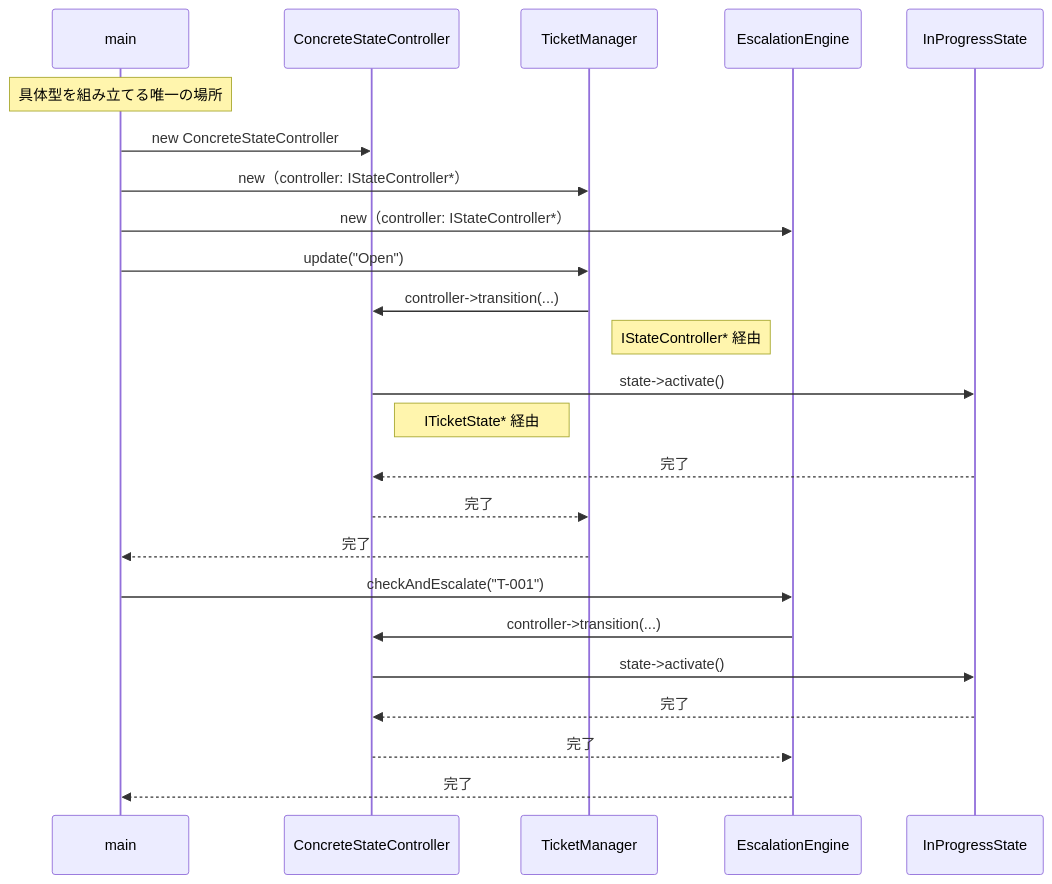
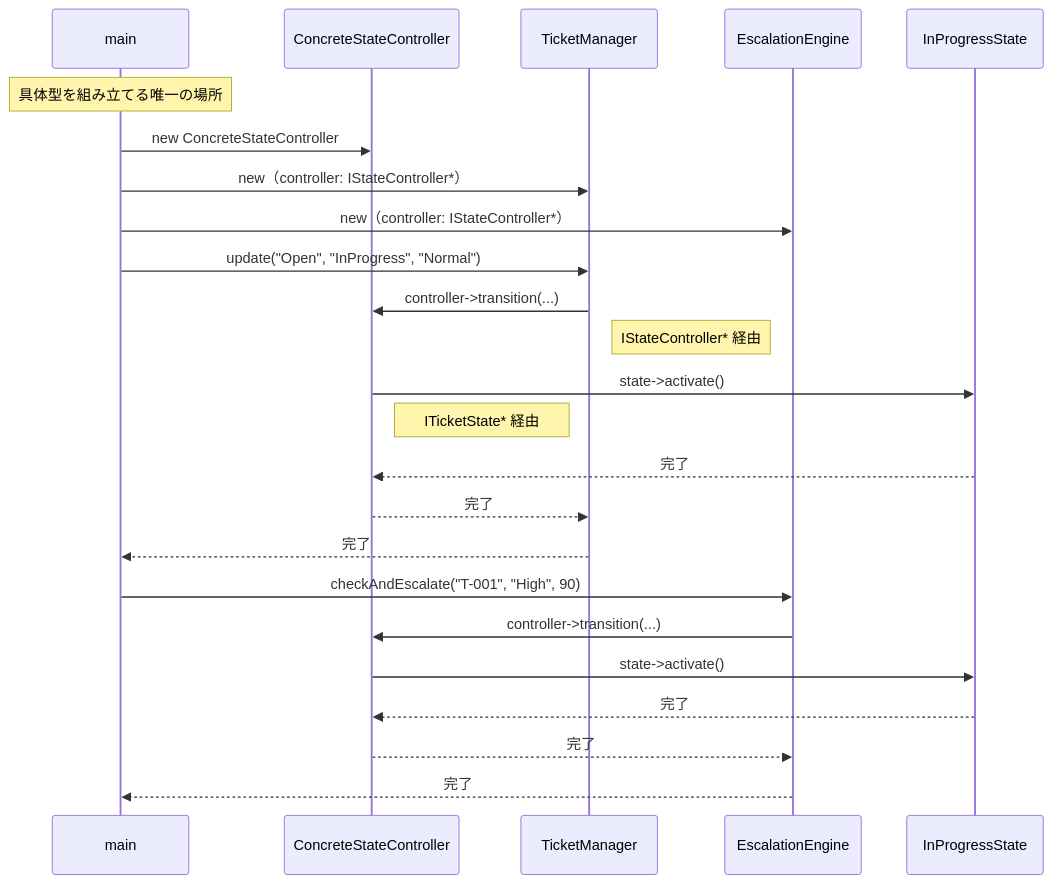
One commit to kumachan1101-pixel/DesignPattern changed diagram 11 of 12 in kindle/design-patterns/output/chapter09_2.md. Above: the diagram before and after it, drawn with Mermaid. The commit also changed other lines of this file and 1 other file, not shown here.

````diff
--- a/kindle/design-patterns/output/chapter09_2.md
+++ b/kindle/design-patterns/output/chapter09_2.md
@@ -1031,26 +1081,26 @@
 ```mermaid
 sequenceDiagram
     participant main
     participant CSC as ConcreteStateController
     participant TM as TicketManager
     participant EE as EscalationEngine
     participant IS as InProgressState
     Note over main: 具体型を組み立てる唯一の場所
     main->>CSC: new ConcreteStateController
     main->>TM: new（controller: IStateController*）
     main->>EE: new（controller: IStateController*）
-    main->>TM: update("Open")
+    main->>TM: update("Open", "InProgress", "Normal")
     TM->>CSC: controller->transition(...)
     Note right of TM: IStateController* 経由
     CSC->>IS: state->activate()
     Note right of CSC: ITicketState* 経由
     IS-->>CSC: 完了
     CSC-->>TM: 完了
     TM-->>main: 完了
-    main->>EE: checkAndEscalate("T-001")
+    main->>EE: checkAndEscalate("T-001", "High", 90)
     EE->>CSC: controller->transition(...)
     CSC->>IS: state->activate()
     IS-->>CSC: 完了
     CSC-->>EE: 完了
     EE-->>main: 完了
 ```
````
